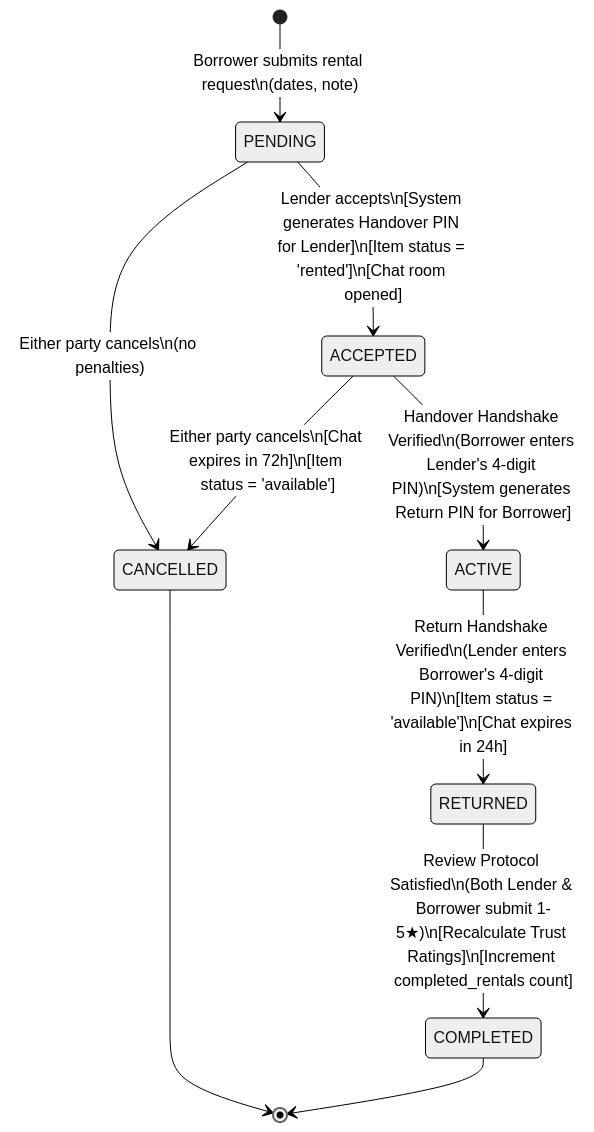
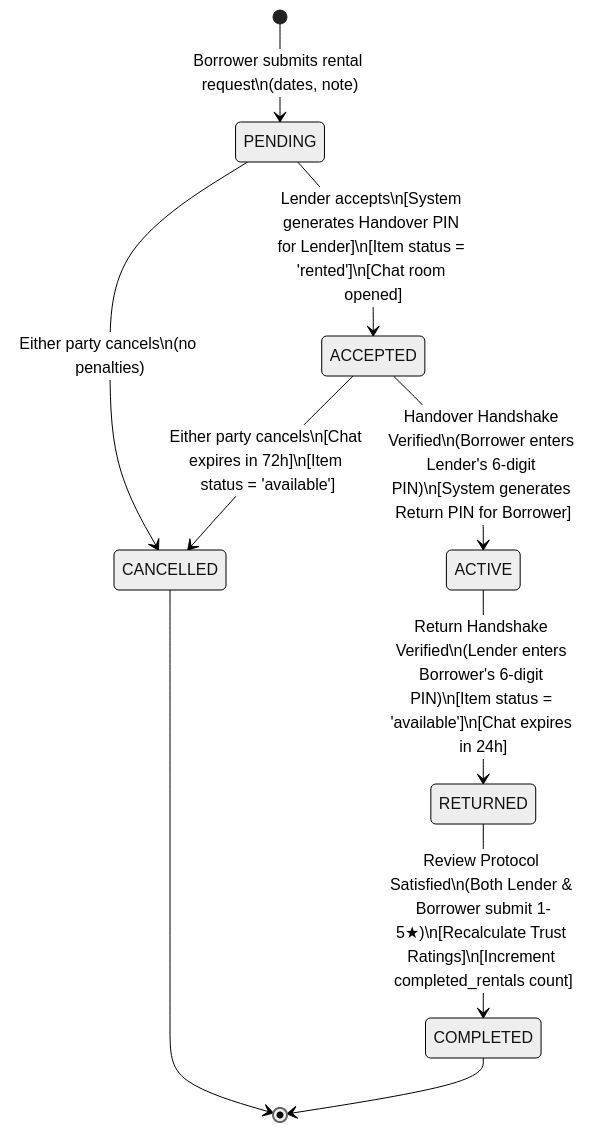
The first of 4 diagrams in docs/STATE_MACHINE.md (2405380-ship-it/Hostel_rental_service), drawn with Mermaid (neutral theme) before and after one commit. The commit also changed other lines of this file and 14 other files, not shown here.

````diff
--- a/docs/STATE_MACHINE.md
+++ b/docs/STATE_MACHINE.md
@@ -29,18 +29,18 @@
 ```mermaid
 stateDiagram-v2
     [*] --> PENDING: Borrower submits rental request\n(dates, note)
     
     PENDING --> CANCELLED: Either party cancels\n(no penalties)
     PENDING --> ACCEPTED: Lender accepts\n[System generates Handover PIN for Lender]\n[Item status = 'rented']\n[Chat room opened]
     
     ACCEPTED --> CANCELLED: Either party cancels\n[Chat expires in 72h]\n[Item status = 'available']
     
-    ACCEPTED --> ACTIVE: Handover Handshake Verified\n(Borrower enters Lender's 4-digit PIN)\n[System generates Return PIN for Borrower]
+    ACCEPTED --> ACTIVE: Handover Handshake Verified\n(Borrower enters Lender's 6-digit PIN)\n[System generates Return PIN for Borrower]
     
-    ACTIVE --> RETURNED: Return Handshake Verified\n(Lender enters Borrower's 4-digit PIN)\n[Item status = 'available']\n[Chat expires in 24h]
+    ACTIVE --> RETURNED: Return Handshake Verified\n(Lender enters Borrower's 6-digit PIN)\n[Item status = 'available']\n[Chat expires in 24h]
     
     RETURNED --> COMPLETED: Review Protocol Satisfied\n(Both Lender & Borrower submit 1-5★)\n[Recalculate Trust Ratings]\n[Increment completed_rentals count]
     
     COMPLETED --> [*]
     CANCELLED --> [*]
 ```
````
